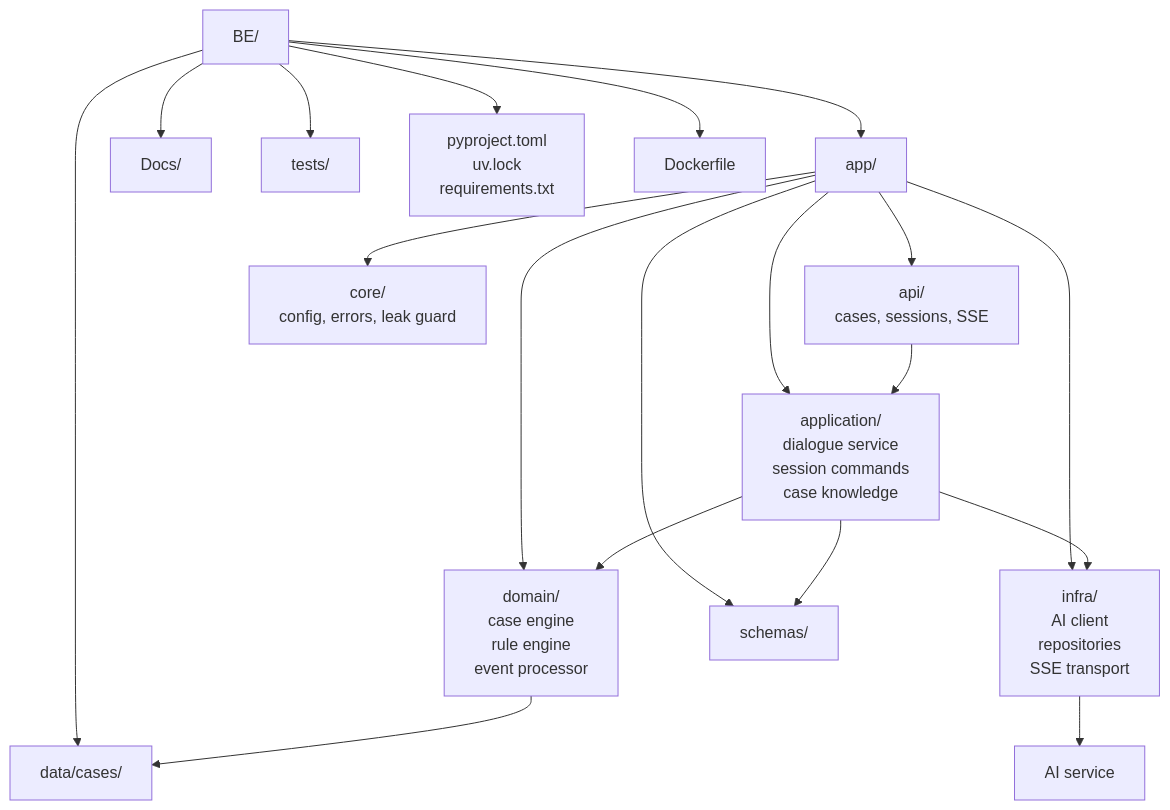
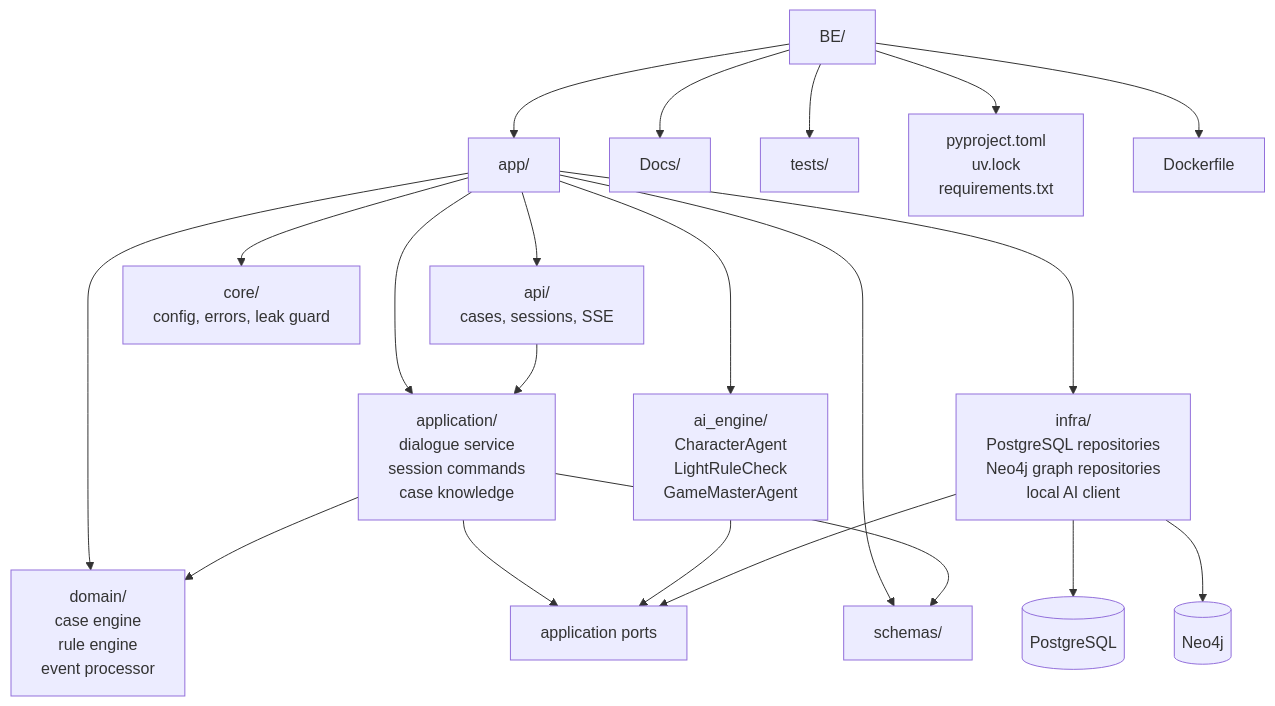
Before and after one commit to LeeSwallow/asm-team08-ai-study: the second of 4 diagrams in README.md, drawn with Mermaid. The commit also changed other lines of this file and 115 other files, not shown here.

````diff
--- a/README.md
+++ b/README.md
@@ -93,23 +58,25 @@
 ```mermaid
 flowchart TB
   BE[BE/] --> BEApp[app/]
-  BE --> BEData[data/cases/]
   BE --> BEDocs[Docs/]
   BE --> BETests[tests/]
   BE --> BEPkg[pyproject.toml<br/>uv.lock<br/>requirements.txt]
   BE --> BEDocker[Dockerfile]
 
   BEApp --> BEApi[api/<br/>cases, sessions, SSE]
   BEApp --> BEApplication[application/<br/>dialogue service<br/>session commands<br/>case knowledge]
+  BEApp --> BEAI[ai_engine/<br/>CharacterAgent<br/>LightRuleCheck<br/>GameMasterAgent]
   BEApp --> BECore[core/<br/>config, errors, leak guard]
   BEApp --> BEDomain[domain/<br/>case engine<br/>rule engine<br/>event processor]
-  BEApp --> BEInfra[infra/<br/>AI client<br/>repositories<br/>SSE transport]
+  BEApp --> BEInfra[infra/<br/>PostgreSQL repositories<br/>Neo4j graph repositories<br/>local AI client]
   BEApp --> BESchemas[schemas/]
 
   BEApi --> BEApplication
   BEApplication --> BEDomain
-  BEApplication --> BEInfra
+  BEApplication --> Ports[application ports]
+  BEAI --> Ports
+  BEInfra --> Ports
   BEApplication --> BESchemas
-  BEDomain --> BEData
-  BEInfra --> AIService[AI service]
+  BEInfra --> Postgres[(PostgreSQL)]
+  BEInfra --> Neo4j[(Neo4j)]
 ```
````
